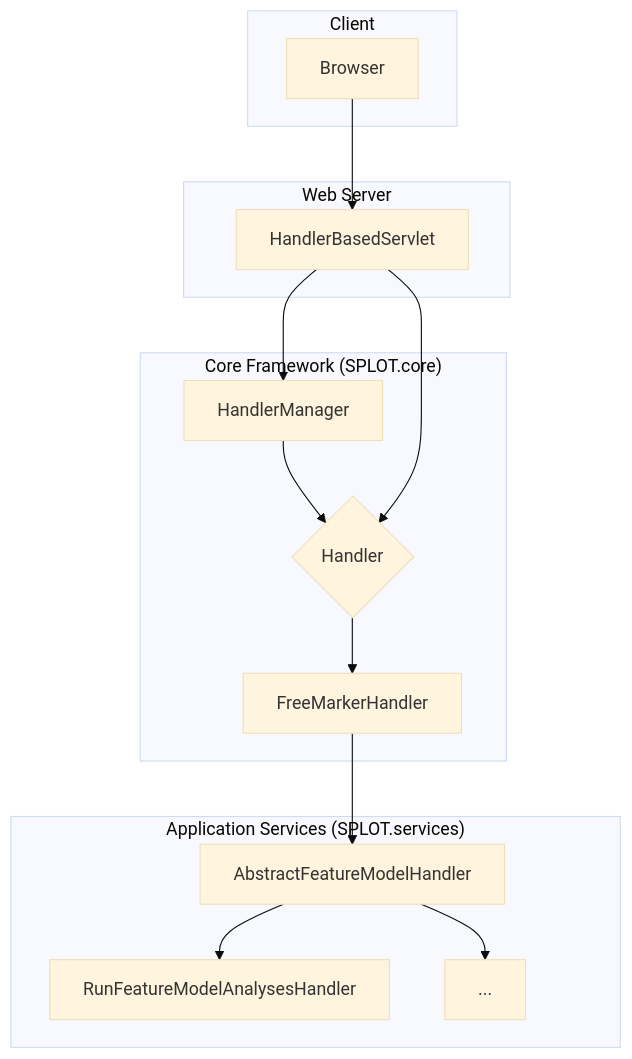
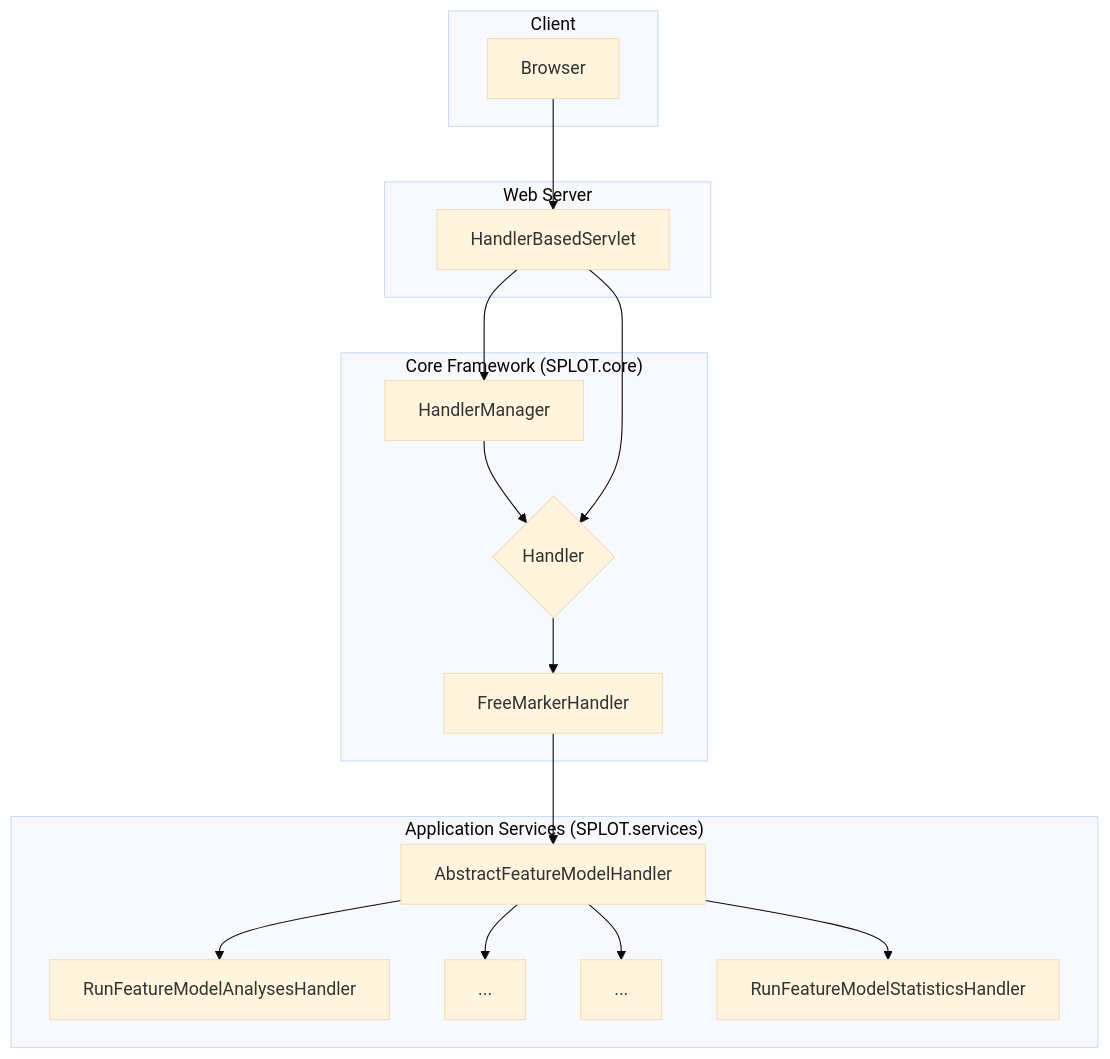
Before and after one commit to marcilio/splot: the diagram in README.md, drawn with Mermaid (base theme). The commit also changed other lines of this file, not shown here.

Commit message:
Docs: Remove class diagram and update architecture diagram

````diff
--- a/README.md
+++ b/README.md
@@ -18,31 +18,35 @@
 ```mermaid
 graph TD
     subgraph "Client"
         A[Browser]
     end
 
     subgraph "Web Server"
         B[HandlerBasedServlet]
     end
 
     subgraph "Core Framework (SPLOT.core)"
         C[HandlerManager]
         D{Handler}
         E[FreeMarkerHandler]
     end
 
     subgraph "Application Services (SPLOT.services)"
         F[AbstractFeatureModelHandler]
         G[RunFeatureModelAnalysesHandler]
         H[...]
+        I[...]
+        J[RunFeatureModelStatisticsHandler]
     end
 
     A --> B
     B --> C
     C --> D
     B --> D
     D --> E
     E --> F
     F --> G
     F --> H
+    F --> I
+    F --> J
 ```
````
